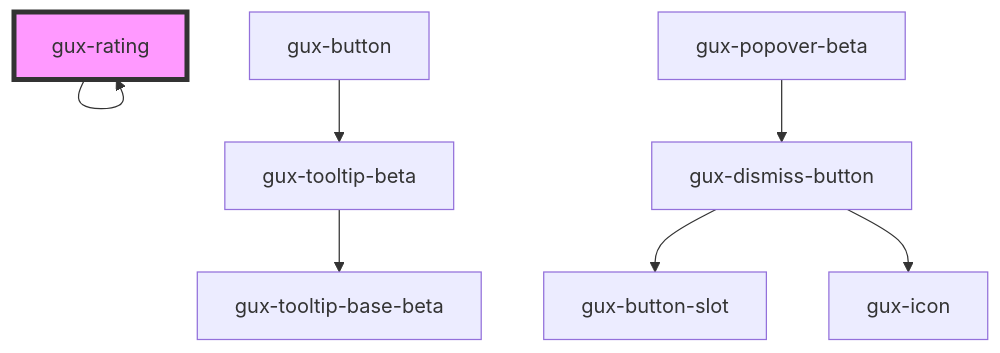
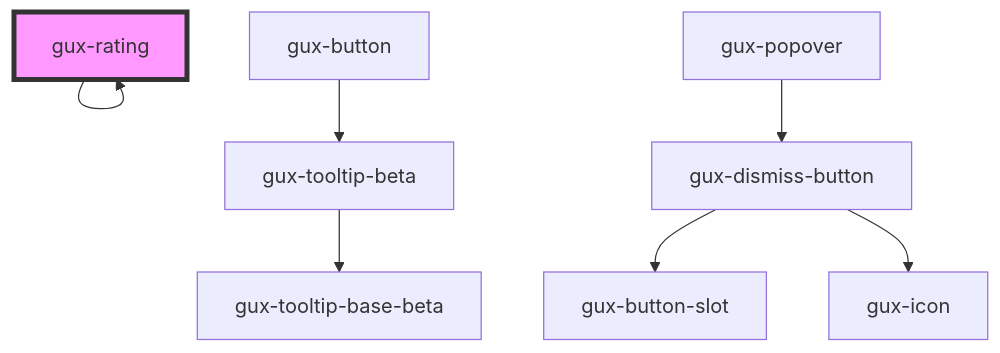
One commit to MyPureCloud/genesys-spark changed the diagram in packages/genesys-spark-components/src/components/stable/gux-rating/readme.md. Above: the diagram before and after it, drawn with Mermaid. The commit also changed other lines of this file and 4 other files, not shown here.

````diff
--- a/packages/genesys-spark-components/src/components/stable/gux-rating/readme.md
+++ b/packages/genesys-spark-components/src/components/stable/gux-rating/readme.md
@@ -39,10 +39,10 @@
 ```mermaid
 graph TD;
   gux-rating --> gux-rating
   gux-button --> gux-tooltip-beta
   gux-tooltip-beta --> gux-tooltip-base-beta
-  gux-popover-beta --> gux-dismiss-button
+  gux-popover --> gux-dismiss-button
   gux-dismiss-button --> gux-button-slot
   gux-dismiss-button --> gux-icon
   style gux-rating fill:#f9f,stroke:#333,stroke-width:4px
 ```
````
